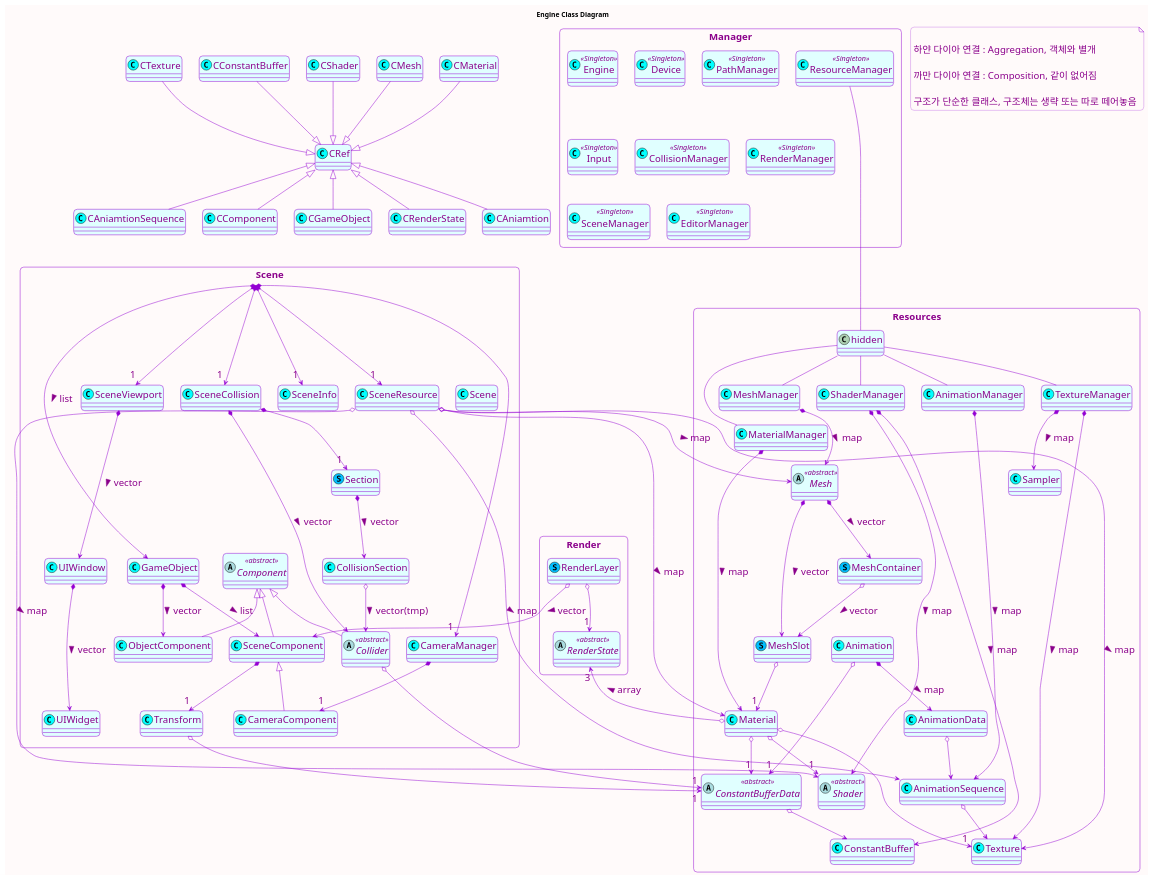
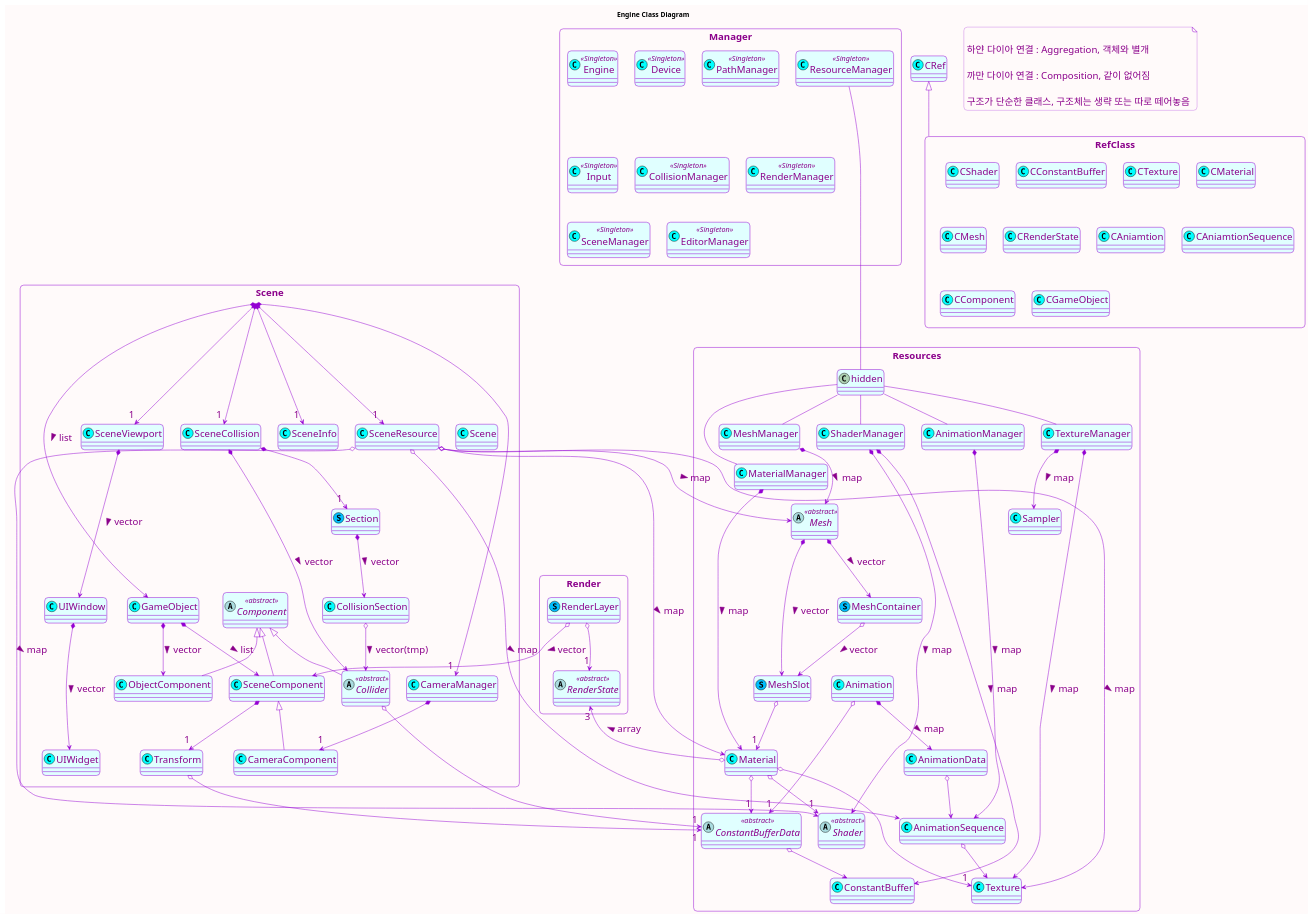
The diagram in docs/diagram/DX_Engine_object_diagram.wsd (leekkang/StudyEngineering), drawn with PlantUML before and after one commit.

Commit message:
tmp update

```diff
--- a/docs/diagram/DX_Engine_object_diagram.wsd
+++ b/docs/diagram/DX_Engine_object_diagram.wsd
@@ -112,6 +112,7 @@
 
 
 class CRef <<(C, Aqua)>>
+package RefClass <<Rectangle>> {
 class CShader <<(C, Aqua)>>
 class CConstantBuffer <<(C, Aqua)>>
 class CTexture <<(C, Aqua)>>
@@ -122,20 +123,21 @@
 class CAniamtionSequence <<(C, Aqua)>>
 class CComponent <<(C, Aqua)>>
 class CGameObject <<(C, Aqua)>>
+}
+
+CRef <|--  RefClass
 
 
-
-
-CRef <|-up-  CShader
-CRef <|-up-  CConstantBuffer
-CRef <|-up-  CTexture
-CRef <|-up-  CMaterial
-CRef <|-up-  CMesh
-CRef <|--  CRenderState
-CRef <|--  CAniamtion
-CRef <|--  CAniamtionSequence
-CRef <|--  CComponent
-CRef <|--  CGameObject
+' CRef <|-up-  CShader
+' CRef <|-up-  CConstantBuffer
+' CRef <|-up-  CTexture
+' CRef <|-up-  CMaterial
+' CRef <|-up-  CMesh
+' CRef <|--  CRenderState
+' CRef <|--  CAniamtion
+' CRef <|--  CAniamtionSequence
+' CRef <|--  CComponent
+' CRef <|--  CGameObject
 
 
 'Engine -- Device
```
